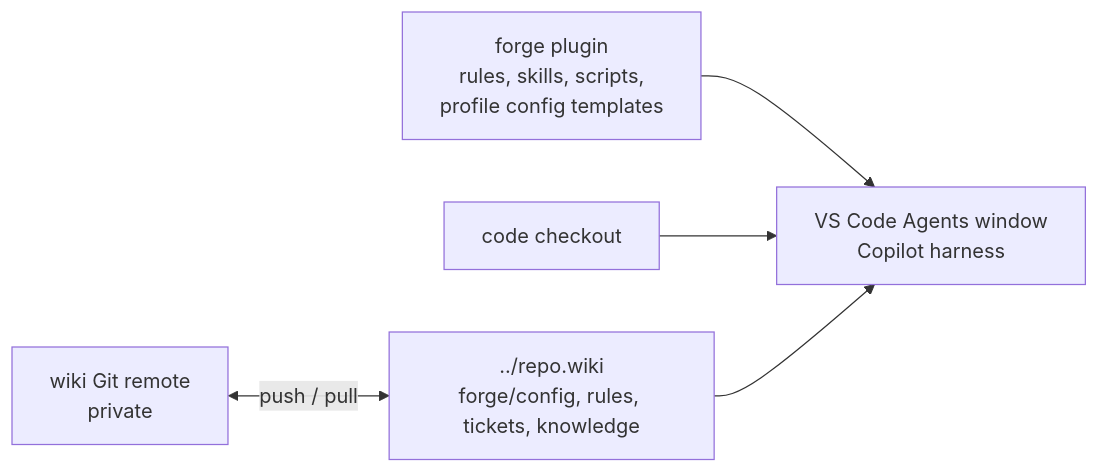
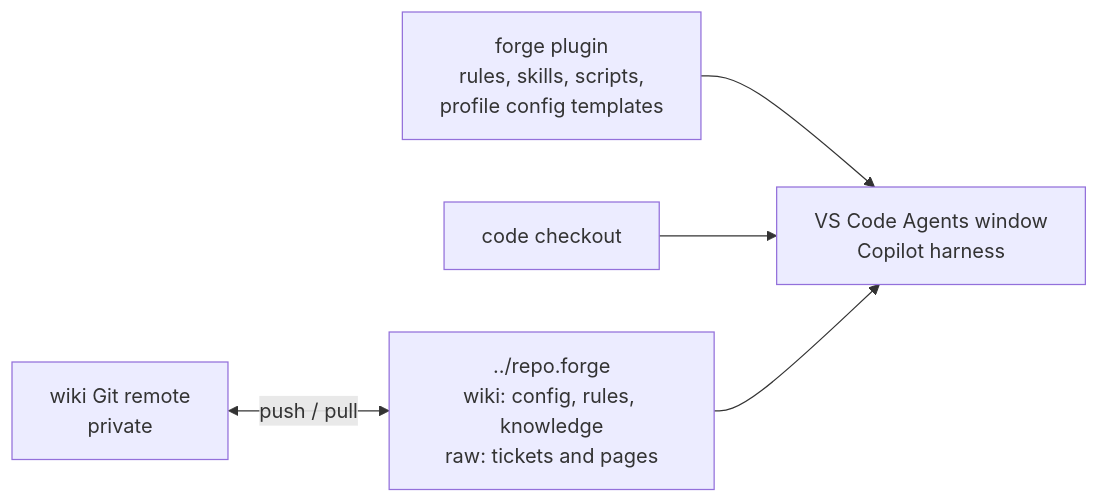
Before and after one commit to alexradunet/forge-engineering: the first of 3 diagrams in README.md, drawn with Mermaid. The commit also changed other lines of this file and 42 other files, not shown here.

First line of the commit message:
forge 9.0.0: the Forge folder ../<repo>.forge, its launcher, init, and move

````diff
--- a/README.md
+++ b/README.md
@@ -20,7 +20,7 @@
 ```mermaid
 flowchart LR
   plugin["forge plugin<br/>rules, skills, scripts,<br/>profile config templates"] --> vscode["VS Code Agents window<br/>Copilot harness"]
   repo["code checkout"] --> vscode
-  wiki["../repo.wiki<br/>forge/config, rules, tickets, knowledge"] --> vscode
+  wiki["../repo.forge<br/>wiki: config, rules, knowledge<br/>raw: tickets and pages"] --> vscode
   shared["wiki Git remote<br/>private"] <-->|push / pull| wiki
 ```
````
